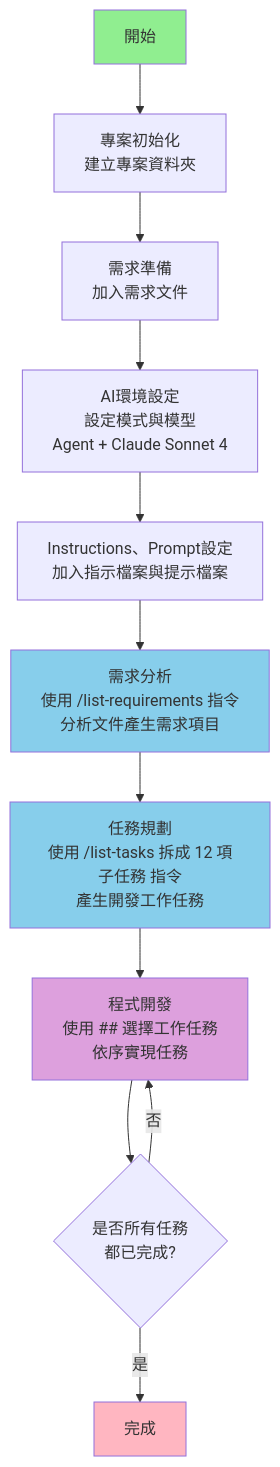
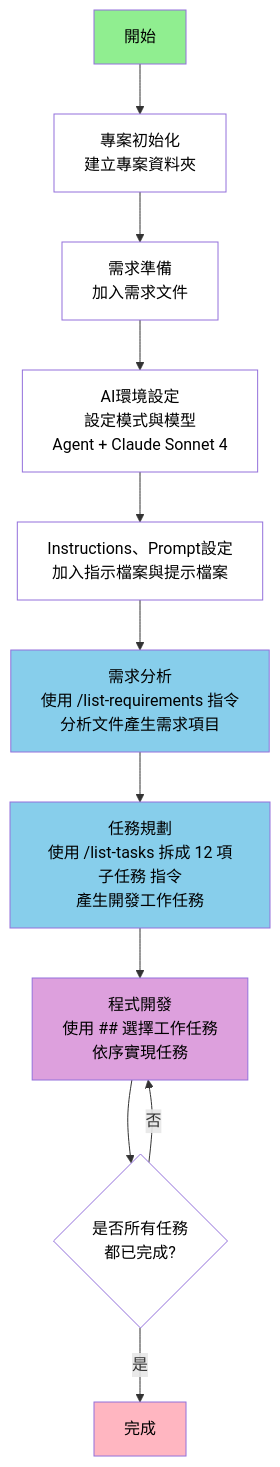
The diagram in README.md (lastingyeh/github-copilot-doc), drawn with Mermaid before and after one commit. The commit also changed other lines of this file and 2 other files, not shown here.

````diff
--- a/README.md
+++ b/README.md
@@ -11,19 +11,24 @@
 ```mermaid
 flowchart TD
     A[開始] --> B[專案初始化<br/>建立專案資料夾]
     B --> C[需求準備<br/>加入需求文件]
     C --> D[AI環境設定<br/>設定模式與模型<br/>Agent + Claude Sonnet 4]
     D --> E[Instructions、Prompt設定<br/>加入指示檔案與提示檔案]
     E --> F[需求分析<br/>使用 /list-requirements 指令<br/>分析文件產生需求項目]
     F --> G[任務規劃<br/>使用 /list-tasks 拆成 12 項子任務 指令<br/>產生開發工作任務]
     G --> H[程式開發<br/>使用 ## 選擇工作任務<br/>依序實現任務]
     H --> I{是否所有任務<br/>都已完成?}
     I -->|否| H
     I -->|是| J[完成]
 
-    style A fill:#90EE90
-    style J fill:#FFB6C1
-    style F fill:#87CEEB
-    style G fill:#87CEEB
-    style H fill:#DDA0DD
+    style A fill:#90EE90,color:#000000
+    style B fill:#ffffff,color:#000000
+    style C fill:#ffffff,color:#000000
+    style D fill:#ffffff,color:#000000
+    style E fill:#ffffff,color:#000000
+    style F fill:#87CEEB,color:#000000
+    style G fill:#87CEEB,color:#000000
+    style H fill:#DDA0DD,color:#000000
+    style I fill:#ffffff,color:#000000
+    style J fill:#FFB6C1,color:#000000
 ```
````
